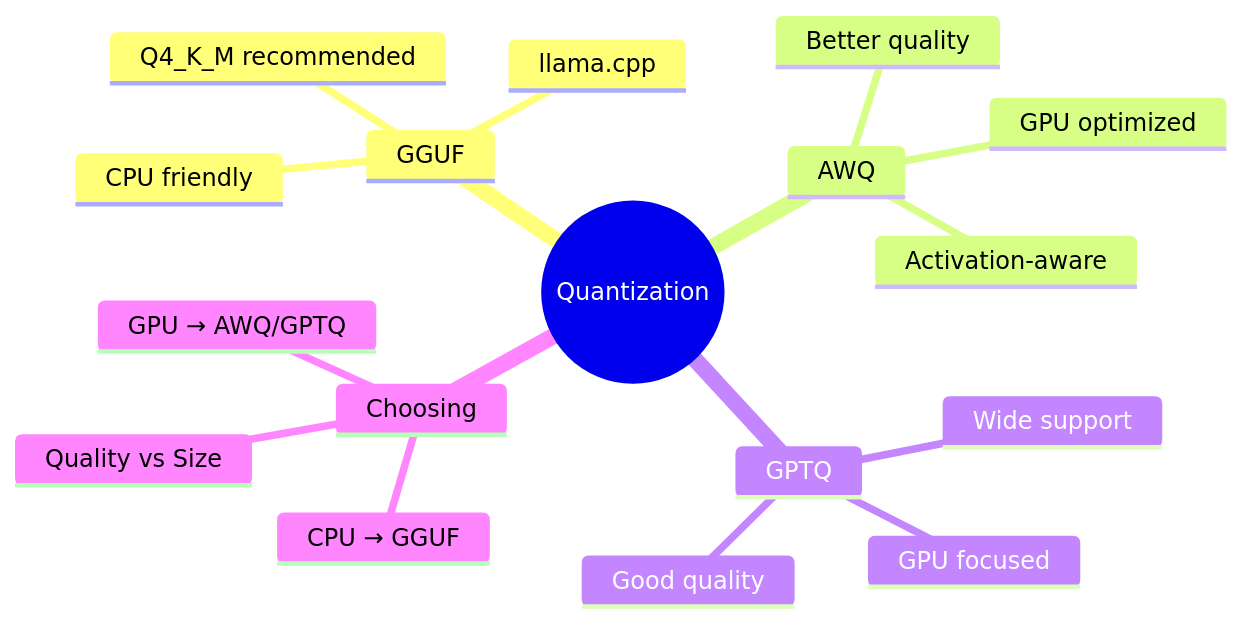
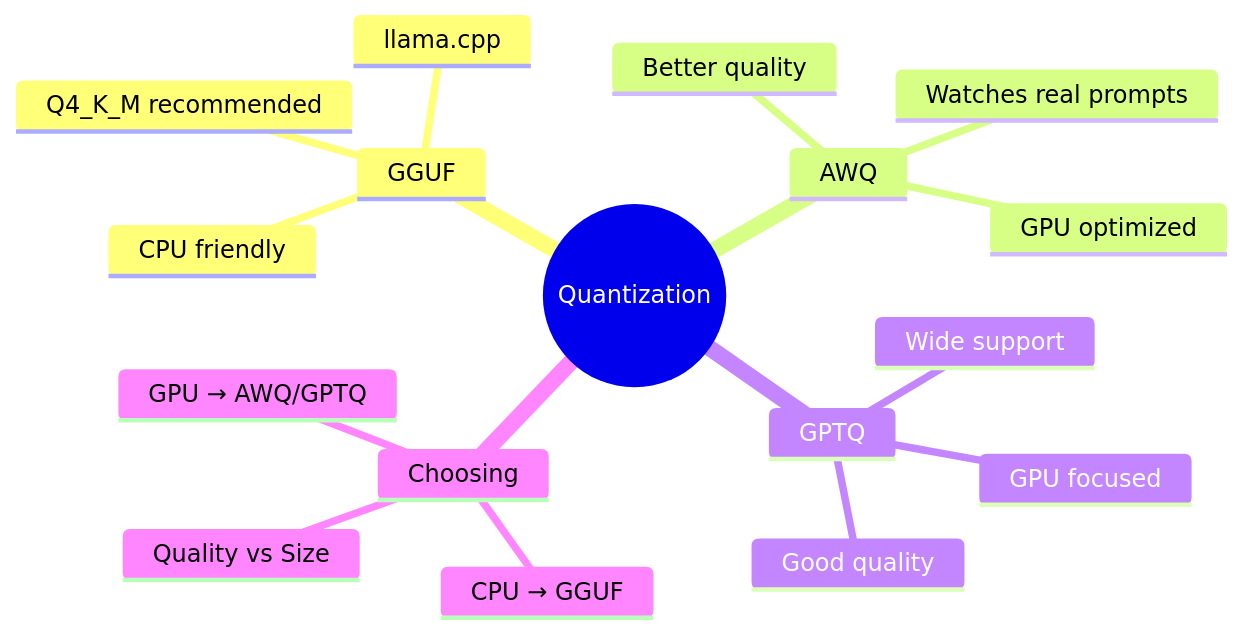
The fourth of 6 diagrams in Phase_6_Advanced_Finetuning/Day_075_quantization_and_swapping_models/quantization_and_swapping_models.md (akshkr/akashnotes), drawn with Mermaid before and after one commit. The commit also changed other lines of this file and 95 other files, not shown here.

````diff
--- a/Phase_6_Advanced_Finetuning/Day_075_quantization_and_swapping_models/quantization_and_swapping_models.md
+++ b/Phase_6_Advanced_Finetuning/Day_075_quantization_and_swapping_models/quantization_and_swapping_models.md
@@ -343,20 +358,20 @@
 ```mermaid
 mindmap
   root((Quantization))
     GGUF
       CPU friendly
       llama.cpp
       Q4_K_M recommended
     AWQ
       GPU optimized
-      Activation-aware
+      Watches real prompts
       Better quality
     GPTQ
       GPU focused
       Wide support
       Good quality
     Choosing
       CPU → GGUF
       GPU → AWQ/GPTQ
       Quality vs Size
 ```
````
